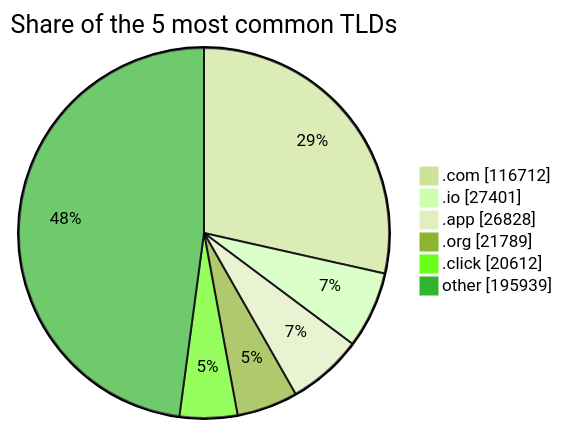
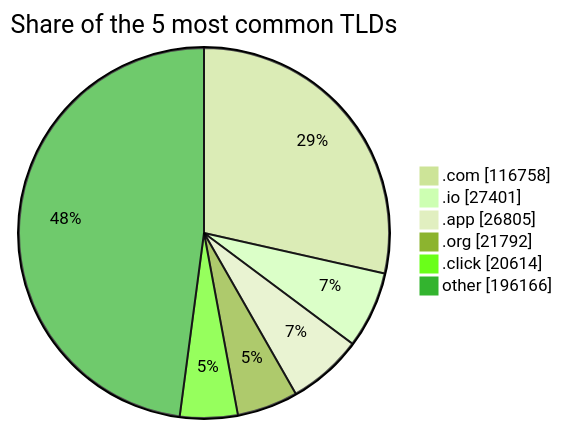
The third of 3 diagrams in README.md (DNSBunker/CTI), drawn with Mermaid (forest theme) before and after one commit. The commit also changed other lines of this file and 3 other files, not shown here.

````diff
--- a/README.md
+++ b/README.md
@@ -81,9 +81,9 @@
 ```mermaid
 pie showData title Share of the 5 most common TLDs
-    ".com" : 116712
+    ".com" : 116758
     ".io" : 27401
-    ".app" : 26828
-    ".org" : 21789
-    ".click" : 20612
-    "other" : 195939
+    ".app" : 26805
+    ".org" : 21792
+    ".click" : 20614
+    "other" : 196166
 ```
````
